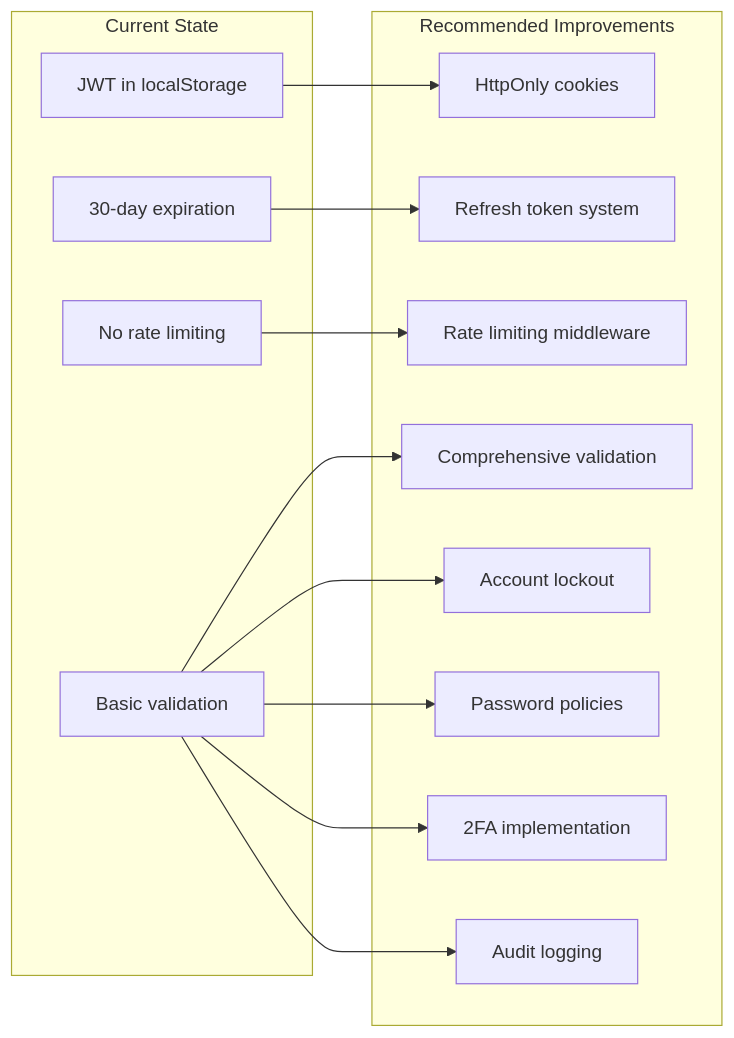
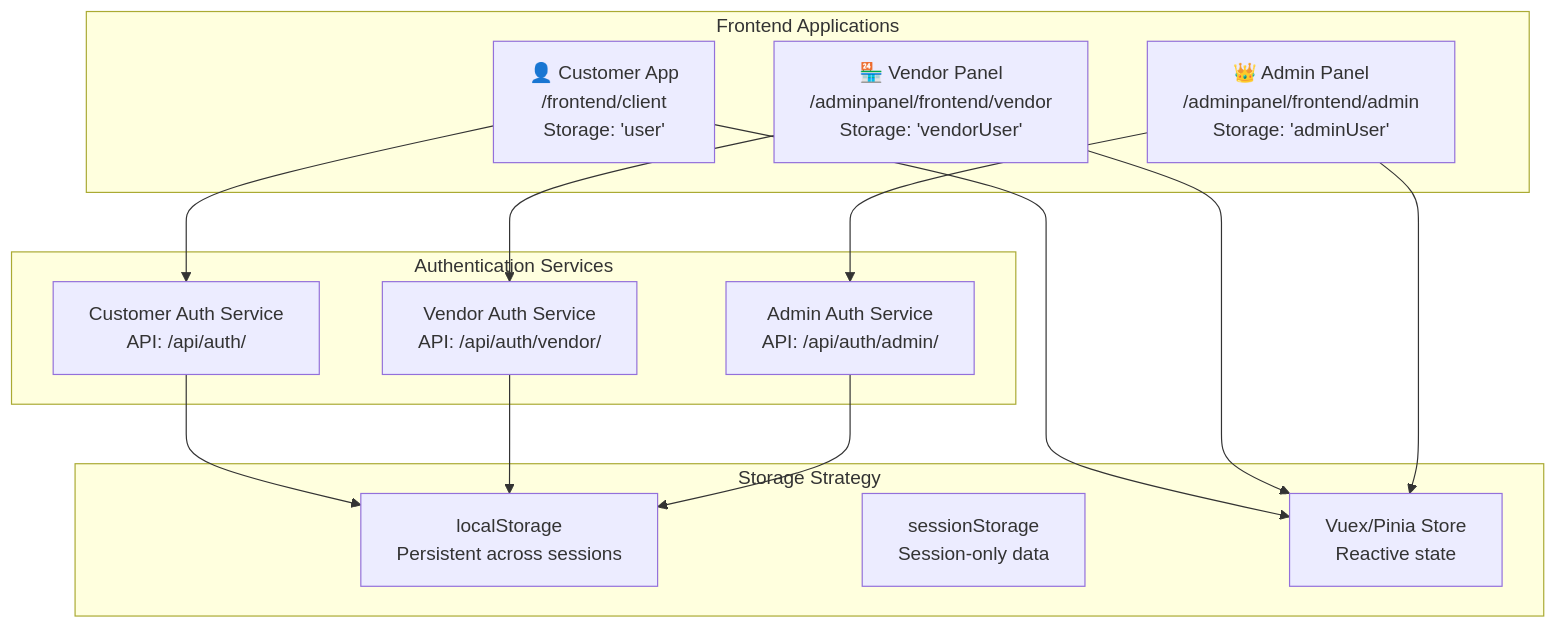
Before and after one commit to abh1hi/aura-shop: the eighth of 11 diagrams in AUTHENTICATION_SYSTEM_DOCS.md, drawn with Mermaid. The commit also changed other lines of this file, not shown here.

Commit message:
Update authentication system documentation with enhanced security features and implementation details

````diff
--- a/AUTHENTICATION_SYSTEM_DOCS.md
+++ b/AUTHENTICATION_SYSTEM_DOCS.md
@@ -359,29 +880,32 @@
 ```mermaid
-graph LR
-    subgraph "Current State"
-        A["JWT in localStorage"]
-        B["30-day expiration"]
-        C["No rate limiting"]
-        D["Basic validation"]
+graph TB
+    subgraph "Frontend Applications"
+        A["👤 Customer App\n/frontend/client\nStorage: 'user'"]
+        B["🏪 Vendor Panel\n/adminpanel/frontend/vendor\nStorage: 'vendorUser'"]
+        C["👑 Admin Panel\n/adminpanel/frontend/admin\nStorage: 'adminUser'"]
     end
     
-    subgraph "Recommended Improvements"
-        E["HttpOnly cookies"]
-        F["Refresh token system"]
-        G["Rate limiting middleware"]
-        H["Comprehensive validation"]
-        I["Account lockout"]
-        J["Password policies"]
-        K["2FA implementation"]
-        L["Audit logging"]
+    subgraph "Authentication Services"
+        D["Customer Auth Service\nAPI: /api/auth/"]
+        E["Vendor Auth Service\nAPI: /api/auth/vendor/"]
+        F["Admin Auth Service\nAPI: /api/auth/admin/"]
     end
     
-    A --> E
-    B --> F
-    C --> G
-    D --> H
-    D --> I
-    D --> J
-    D --> K
-    D --> L
+    subgraph "Storage Strategy"
+        G["localStorage\nPersistent across sessions"]
+        H["sessionStorage\nSession-only data"]
+        I["Vuex/Pinia Store\nReactive state"]
+    end
+    
+    A --> D
+    B --> E
+    C --> F
+    
+    D --> G
+    E --> G
+    F --> G
+    
+    A --> I
+    B --> I
+    C --> I
 ```
````
